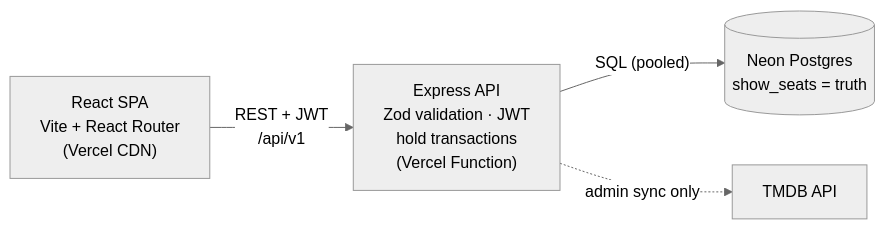
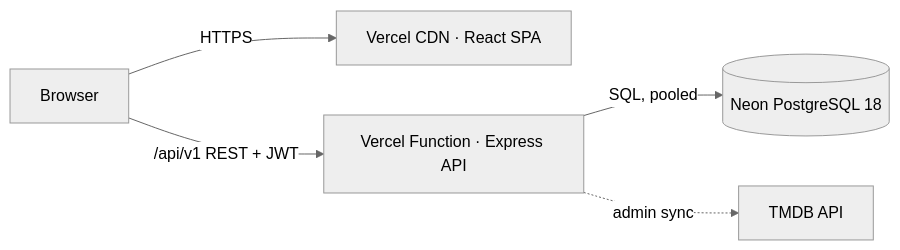
The diagram in README.md (Icoder05/cinebook), drawn with Mermaid (neutral theme) before and after one commit. The commit also changed other lines of this file and 84 other files, not shown here.

````diff
--- a/README.md
+++ b/README.md
@@ -81,6 +84,7 @@
 ```mermaid
 flowchart LR
-  SPA["React SPA<br/>Vite + React Router<br/>(Vercel CDN)"] -- "REST + JWT<br/>/api/v1" --> API["Express API<br/>Zod validation · JWT<br/>hold transactions<br/>(Vercel Function)"]
-  API -- "SQL (pooled)" --> DB[("Neon Postgres<br/>show_seats = truth")]
-  API -. "admin sync only" .-> TMDB["TMDB API"]
+  U[Browser] -->|HTTPS| CDN[Vercel CDN · React SPA]
+  U -->|/api/v1 REST + JWT| FN[Vercel Function · Express API]
+  FN -->|SQL, pooled| DB[(Neon PostgreSQL 18)]
+  FN -. admin sync .-> TMDB[TMDB API]
 ```
````
